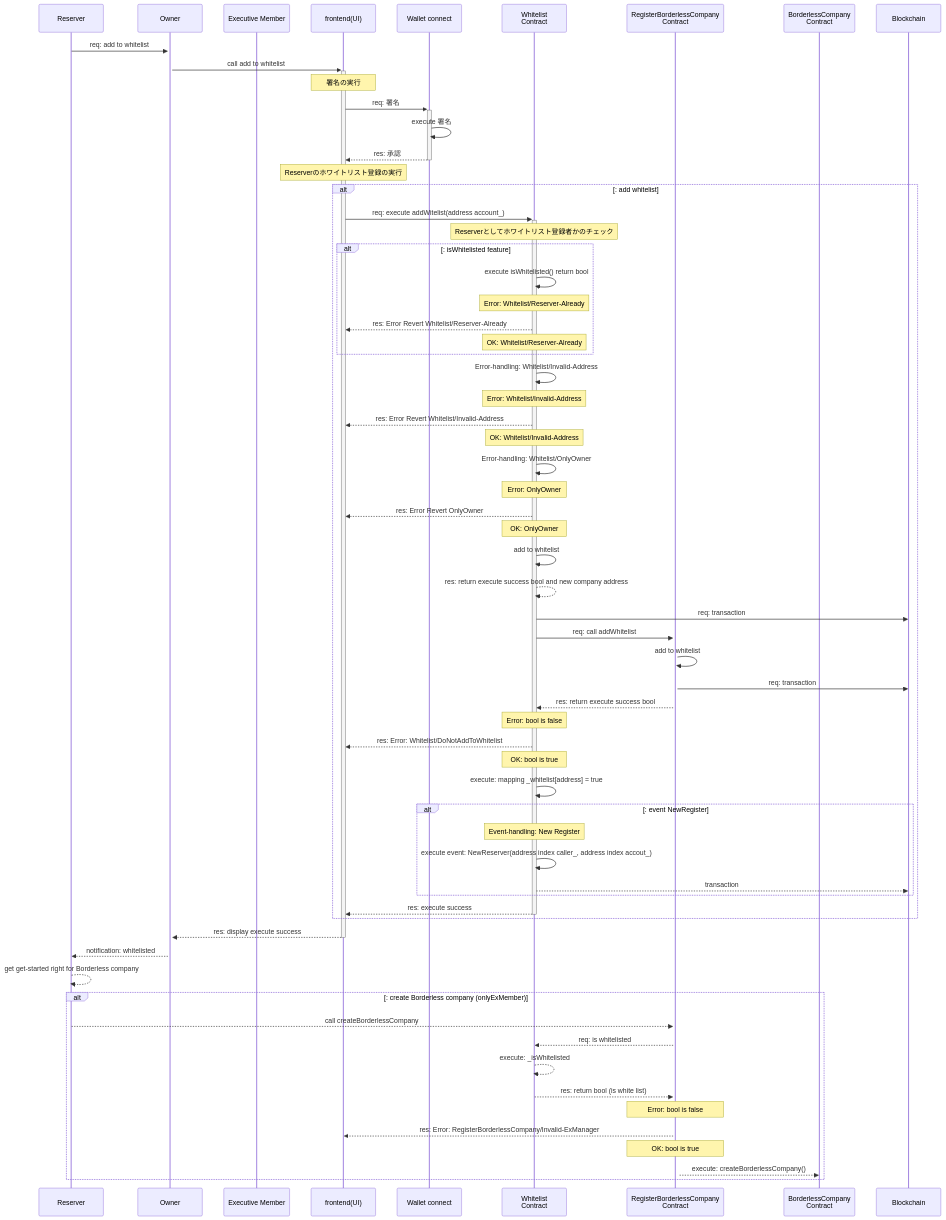
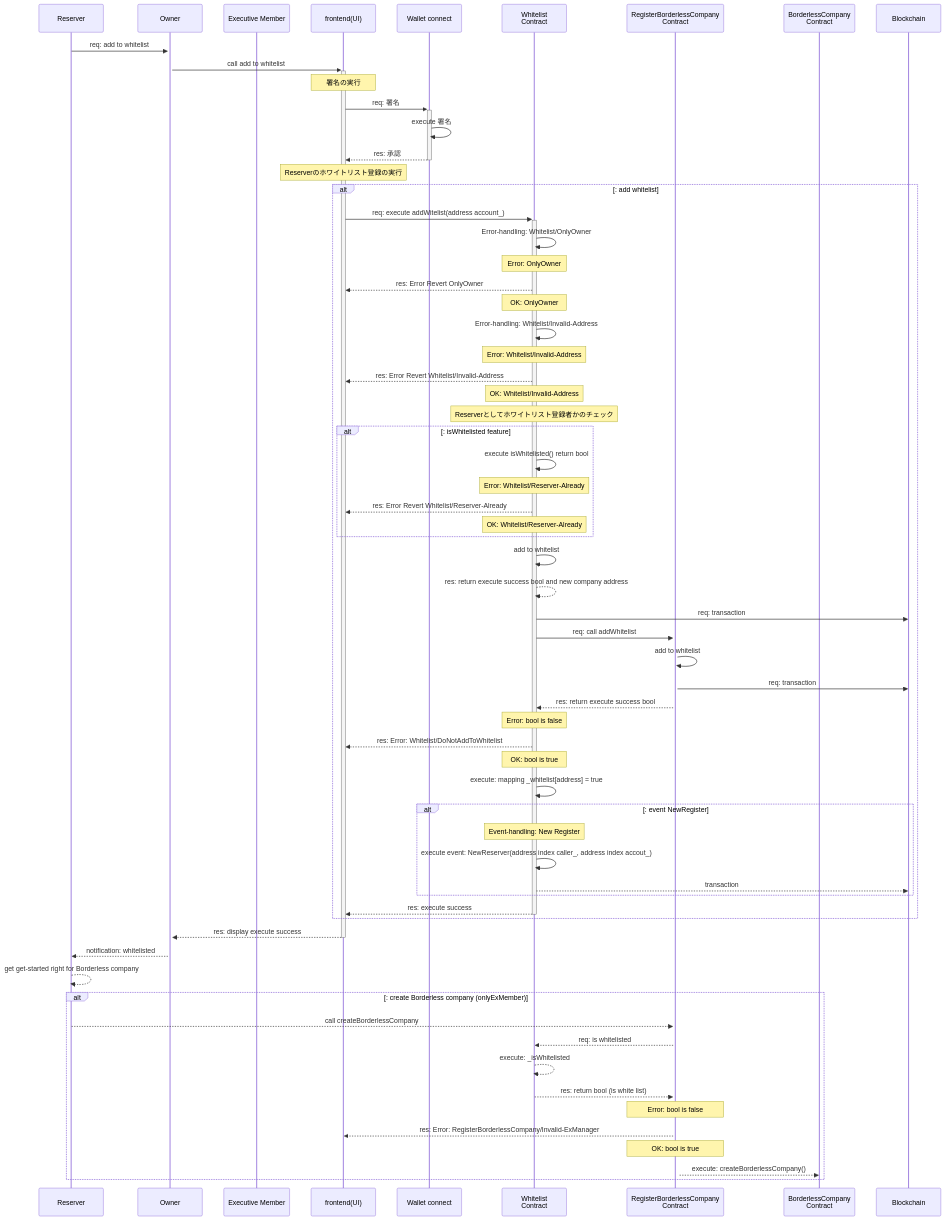
Before and after one commit to Borderless-company/Borderless-Contract: the second of 2 diagrams in docs/contracts/0.Whitelist/0.Whitelist.index.md, drawn with Mermaid. The commit also changed other lines of this file, not shown here.

Commit message:
update whitelist.sol design document

````diff
--- a/docs/contracts/0.Whitelist/0.Whitelist.index.md
+++ b/docs/contracts/0.Whitelist/0.Whitelist.index.md
@@ -259,82 +265,83 @@
 ```mermaid
     sequenceDiagram
         participant RV as Reserver
         participant OW as Owner
         participant EM as Executive Member
         participant UI as frontend(UI)
         participant WC as Wallet connect
         participant WHL as Whitelist<br/>Contract
         participant RBLC as RegisterBorderlessCompany<br/>Contract
         participant BLC as BorderlessCompany<br/>Contract
         participant BC as Blockchain
 
         RV ->>+ OW: req: add to whitelist
         OW ->>+ UI: call add to whitelist
 
         Note over UI: 署名の実行
         UI ->>+ WC: req: 署名
         WC ->> WC: execute 署名
         WC -->>- UI: res: 承認
 
         Note over UI: Reserverのホワイトリスト登録の実行
         alt: add whitelist
         UI ->>+ WHL: req: execute addWitelist(address account_)
 
+        WHL ->> WHL: Error-handling: Whitelist/OnlyOwner
+        Note over WHL: Error: OnlyOwner
+        WHL -->> UI: res: Error Revert OnlyOwner
+        Note over WHL: OK: OnlyOwner
+
+        WHL ->> WHL: Error-handling: Whitelist/Invalid-Address
+        Note over WHL: Error: Whitelist/Invalid-Address
+        WHL -->> UI: res: Error Revert Whitelist/Invalid-Address
+        Note over WHL: OK: Whitelist/Invalid-Address
+
         Note over WHL: Reserverとしてホワイトリスト登録者かのチェック
         alt: isWhitelisted feature
         WHL ->> WHL: execute isWhitelisted() return bool
 
         Note over WHL: Error: Whitelist/Reserver-Already
         WHL -->> UI: res: Error Revert Whitelist/Reserver-Already
         Note over WHL: OK: Whitelist/Reserver-Already
         end
 
-        WHL ->> WHL: Error-handling: Whitelist/Invalid-Address
-        Note over WHL: Error: Whitelist/Invalid-Address
-        WHL -->> UI: res: Error Revert Whitelist/Invalid-Address
-        Note over WHL: OK: Whitelist/Invalid-Address
-
-        WHL ->> WHL: Error-handling: Whitelist/OnlyOwner
-        Note over WHL: Error: OnlyOwner
-        WHL -->> UI: res: Error Revert OnlyOwner
-        Note over WHL: OK: OnlyOwner
-
         WHL ->> WHL: add to whitelist
         WHL -->> WHL: res: return execute success bool and new company address
         WHL ->> BC: req: transaction
 
         WHL ->>+ RBLC: req: call addWhitelist
         RBLC ->> RBLC: add to whitelist
         RBLC ->> BC: req: transaction
         RBLC -->> WHL: res: return execute success bool
+
         Note over WHL: Error: bool is false
         WHL -->> UI: res: Error: Whitelist/DoNotAddToWhitelist
         Note over WHL: OK: bool is true
 
         WHL ->> WHL: execute: mapping _whitelist[address] = true
 
         alt: event NewRegister
         Note over WHL: Event-handling: New Register
         WHL ->> WHL: execute event: NewReserver(address index caller_, address index accout_)
         WHL -->> BC: transaction
         end
         WHL -->>- UI: res: execute success
         end
         UI -->>- OW: res: display execute success
         OW -->> RV: notification: whitelisted
         RV -->> RV: get get-started right for Borderless company
 
         alt: create Borderless company (onlyExMember)
         RV -->>+ RBLC: call createBorderlessCompany
         RBLC -->> WHL: req: is whitelisted
         WHL -->> WHL: execute: _isWhitelisted
 
         WHL -->> RBLC: res: return bool (is white list)
         Note over RBLC: Error: bool is false
         RBLC -->> UI: res: Error: RegisterBorderlessCompany/Invalid-ExManager
 
         Note over RBLC: OK: bool is true
         RBLC -->> BLC: execute: createBorderlessCompany()
         end
 
 ```
````
